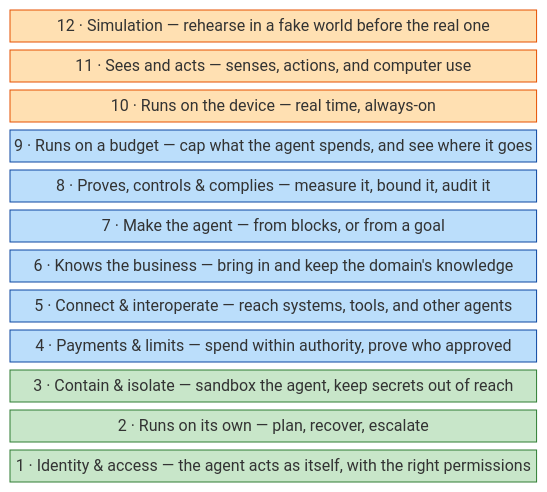
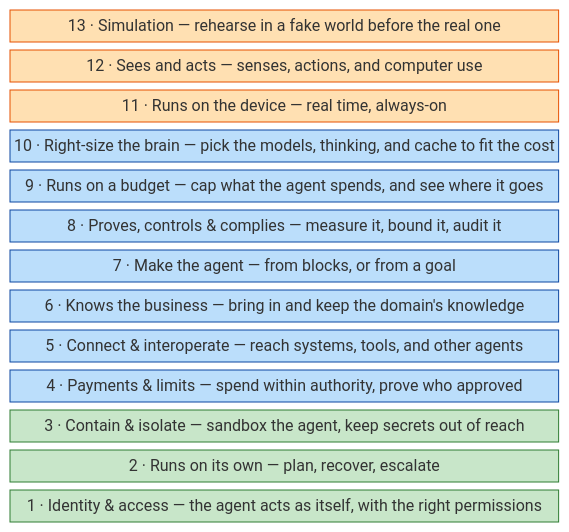
One commit to michaelatamuk/agentic-desk changed the fourth of 5 diagrams in docs-michael/agentic-stack-vertical.md. Above: the diagram before and after it, drawn with Mermaid. The commit also changed other lines of this file, not shown here.

````diff
--- a/docs-michael/agentic-stack-vertical.md
+++ b/docs-michael/agentic-stack-vertical.md
@@ -80,28 +80,30 @@
 ```mermaid
 block-beta
   columns 1
-  L12["12 · Simulation — rehearse in a fake world before the real one"]:1
-  L11["11 · Sees and acts — senses, actions, and computer use"]:1
-  L10["10 · Runs on the device — real time, always-on"]:1
+  L13["13 · Simulation — rehearse in a fake world before the real one"]:1
+  L12["12 · Sees and acts — senses, actions, and computer use"]:1
+  L11["11 · Runs on the device — real time, always-on"]:1
+  L10["10 · Right-size the brain — pick the models, thinking, and cache to fit the cost"]:1
   L9["9 · Runs on a budget — cap what the agent spends, and see where it goes"]:1
   L8["8 · Proves, controls & complies — measure it, bound it, audit it"]:1
   L7["7 · Make the agent — from blocks, or from a goal"]:1
   L6["6 · Knows the business — bring in and keep the domain's knowledge"]:1
   L5["5 · Connect & interoperate — reach systems, tools, and other agents"]:1
   L4["4 · Payments & limits — spend within authority, prove who approved"]:1
   L3["3 · Contain & isolate — sandbox the agent, keep secrets out of reach"]:1
   L2["2 · Runs on its own — plan, recover, escalate"]:1
   L1["1 · Identity & access — the agent acts as itself, with the right permissions"]:1
   style L1 fill:#c8e6c9,stroke:#2e7d32,color:#000000
   style L2 fill:#c8e6c9,stroke:#2e7d32,color:#000000
   style L3 fill:#c8e6c9,stroke:#2e7d32,color:#000000
   style L4 fill:#bbdefb,stroke:#0d47a1,color:#000000
   style L5 fill:#bbdefb,stroke:#0d47a1,color:#000000
   style L6 fill:#bbdefb,stroke:#0d47a1,color:#000000
   style L7 fill:#bbdefb,stroke:#0d47a1,color:#000000
   style L8 fill:#bbdefb,stroke:#0d47a1,color:#000000
   style L9 fill:#bbdefb,stroke:#0d47a1,color:#000000
-  style L10 fill:#ffe0b2,stroke:#e65100,color:#000000
+  style L10 fill:#bbdefb,stroke:#0d47a1,color:#000000
   style L11 fill:#ffe0b2,stroke:#e65100,color:#000000
   style L12 fill:#ffe0b2,stroke:#e65100,color:#000000
+  style L13 fill:#ffe0b2,stroke:#e65100,color:#000000
 ```
````
